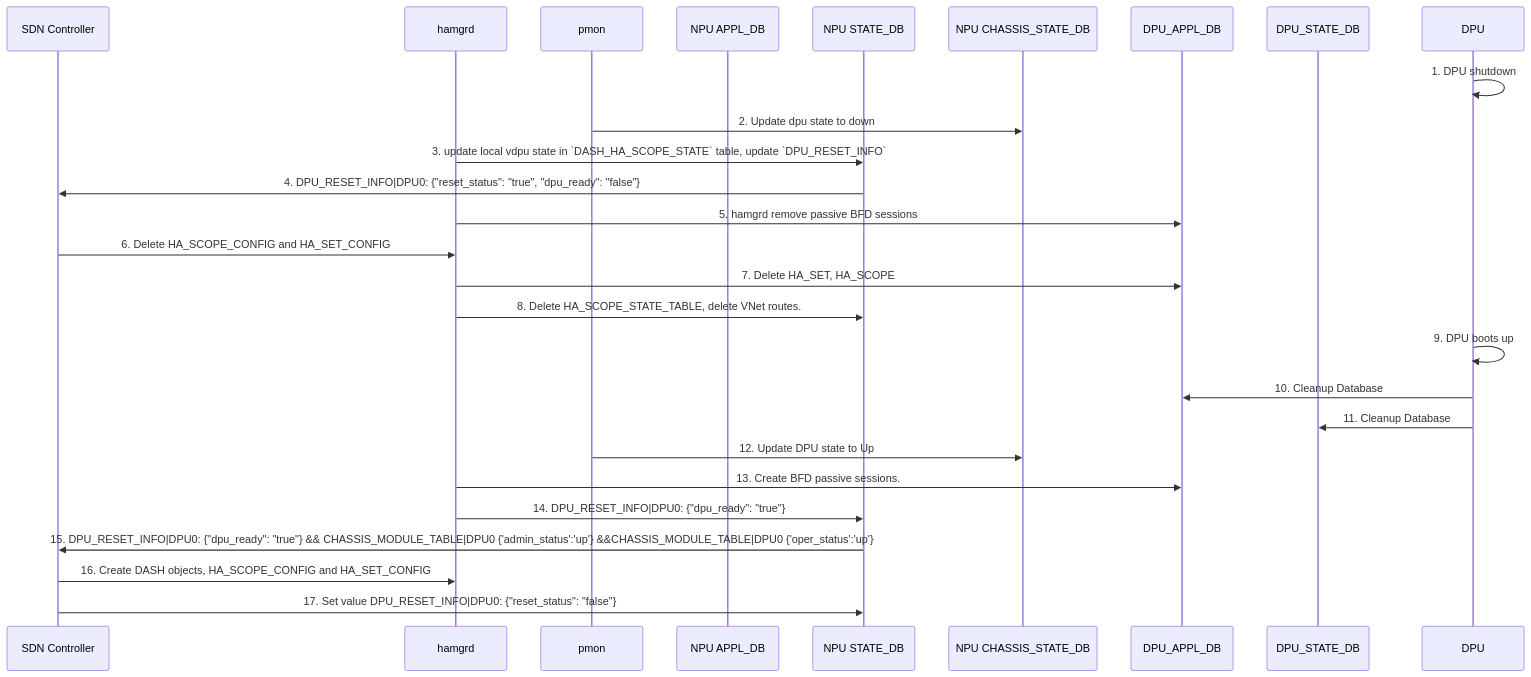
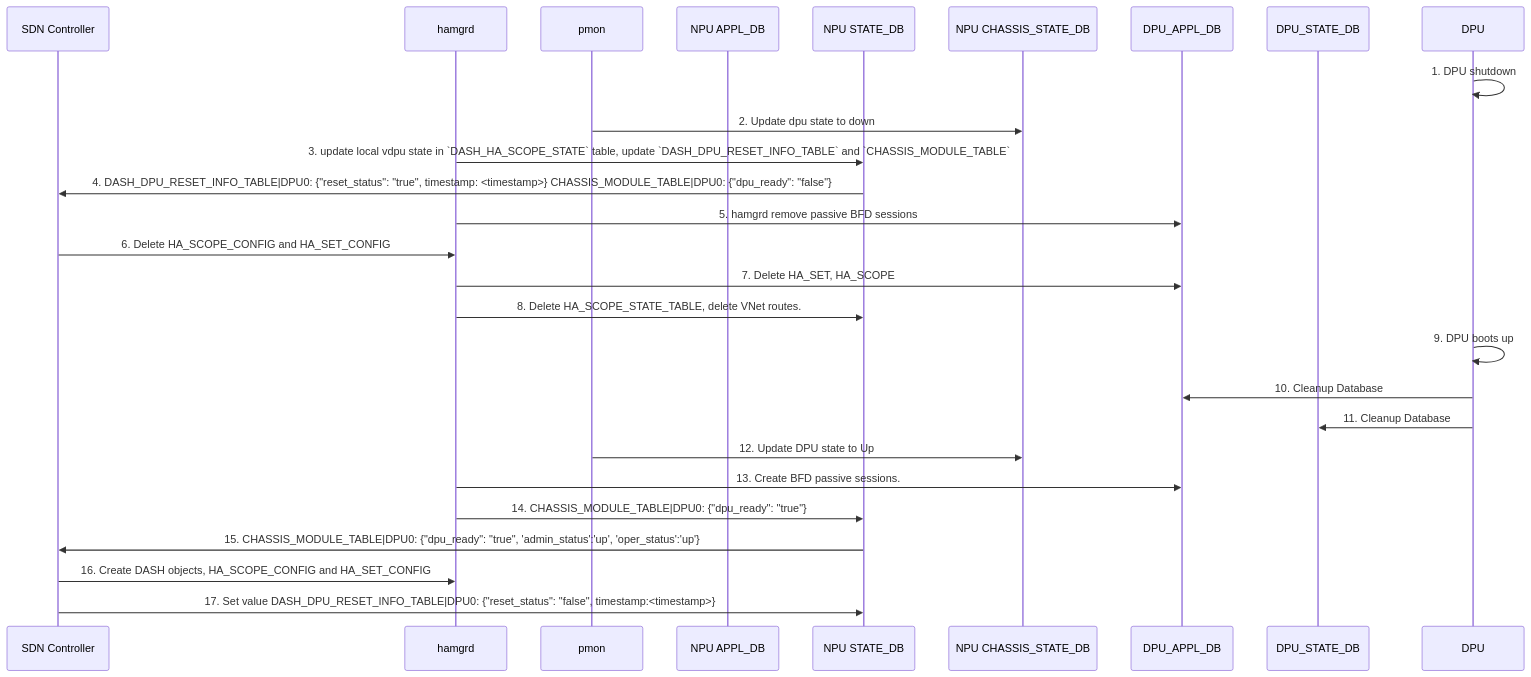
One commit to sonic-net/SONiC changed the diagram in doc/smart-switch/high-availability/dpu_reboot.md. Above: the diagram before and after it, drawn with Mermaid. The commit also changed other lines of this file, not shown here.

Commit message:
udpate table name

````diff
--- a/doc/smart-switch/high-availability/dpu_reboot.md
+++ b/doc/smart-switch/high-availability/dpu_reboot.md
@@ -34,33 +36,33 @@
 ```mermaid
 sequenceDiagram
     participant SDN Controller
     participant hamgrd
     participant pmon
     participant NPU APPL_DB
     participant NPU STATE_DB
     participant NPU CHASSIS_STATE_DB
     participant DPU_APPL_DB
     participant DPU_STATE_DB
     participant DPU
 
     DPU->>DPU: 1. DPU shutdown
     pmon->>NPU CHASSIS_STATE_DB: 2. Update dpu state to down
-    hamgrd->>NPU STATE_DB: 3. update local vdpu state in `DASH_HA_SCOPE_STATE` table, update `DPU_RESET_INFO`
-    NPU STATE_DB->>SDN Controller: 4. DPU_RESET_INFO|DPU0: {"reset_status": "true", "dpu_ready": "false"}
+    hamgrd->>NPU STATE_DB: 3. update local vdpu state in `DASH_HA_SCOPE_STATE` table, update `DASH_DPU_RESET_INFO_TABLE` and `CHASSIS_MODULE_TABLE`
+    NPU STATE_DB->>SDN Controller: 4. DASH_DPU_RESET_INFO_TABLE|DPU0: {"reset_status": "true", timestamp: <timestamp>} CHASSIS_MODULE_TABLE|DPU0: {"dpu_ready": "false"}
     hamgrd->>DPU_APPL_DB: 5. hamgrd remove passive BFD sessions
     SDN Controller->>hamgrd: 6. Delete HA_SCOPE_CONFIG and HA_SET_CONFIG
     hamgrd->>DPU_APPL_DB: 7. Delete HA_SET, HA_SCOPE
     hamgrd->>NPU STATE_DB: 8. Delete HA_SCOPE_STATE_TABLE, delete VNet routes.
     DPU->>DPU: 9. DPU boots up 
     DPU->>DPU_APPL_DB: 10. Cleanup Database
     DPU->>DPU_STATE_DB: 11. Cleanup Database
     pmon->>NPU CHASSIS_STATE_DB: 12. Update DPU state to Up
     hamgrd->>DPU_APPL_DB: 13. Create BFD passive sessions. 
-    hamgrd->>NPU STATE_DB: 14. DPU_RESET_INFO|DPU0: {"dpu_ready": "true"}
+    hamgrd->>NPU STATE_DB: 14. CHASSIS_MODULE_TABLE|DPU0: {"dpu_ready": "true"}
 
-    NPU STATE_DB->>SDN Controller: 15. DPU_RESET_INFO|DPU0: {"dpu_ready": "true"} && CHASSIS_MODULE_TABLE|DPU0 {'admin_status':'up'} &&CHASSIS_MODULE_TABLE|DPU0 {'oper_status':'up'} 
+    NPU STATE_DB->>SDN Controller: 15. CHASSIS_MODULE_TABLE|DPU0: {"dpu_ready": "true", 'admin_status':'up', 'oper_status':'up'} 
 
 
     SDN Controller->>hamgrd: 16. Create DASH objects, HA_SCOPE_CONFIG and HA_SET_CONFIG 
-    SDN Controller->>NPU STATE_DB: 17. Set value DPU_RESET_INFO|DPU0: {"reset_status": "false"}
+    SDN Controller->>NPU STATE_DB: 17. Set value DASH_DPU_RESET_INFO_TABLE|DPU0: {"reset_status": "false", timestamp:<timestamp>}
 ```
````
